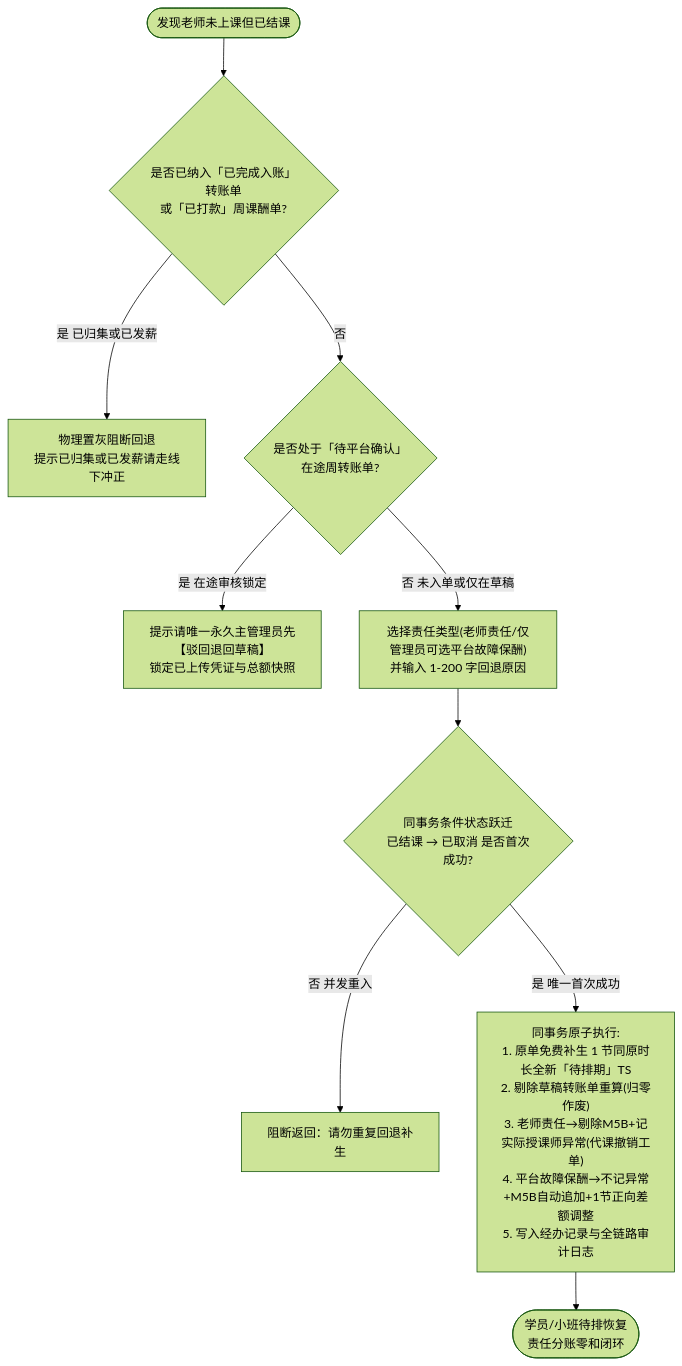
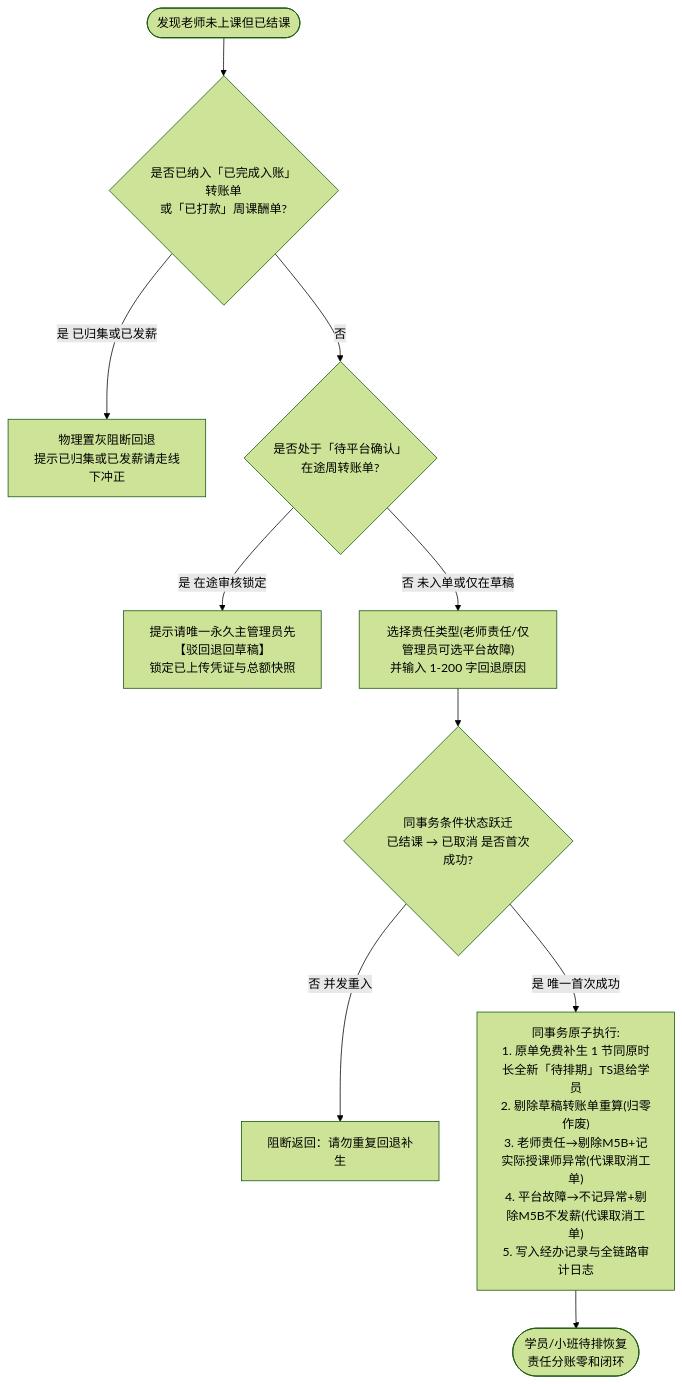
One commit to Onezao/dream changed the third of 5 diagrams in docs/prd/m5a_transfer_collection.md. Above: the diagram before and after it, drawn with Mermaid (forest theme). The commit also changed other lines of this file and 23 other files, not shown here.

````diff
--- a/docs/prd/m5a_transfer_collection.md
+++ b/docs/prd/m5a_transfer_collection.md
@@ -463,12 +462,12 @@
 ```mermaid
 flowchart TD
     ExStart([发现老师未上课但已结课]) --> CheckSettled{"是否已纳入「已完成入账」转账单\n或「已打款」周课酬单?"}
     CheckSettled -- 是 已归集或已发薪 --> DenyRollback["物理置灰阻断回退\n提示已归集或已发薪请走线下冲正"]
     CheckSettled -- 否 --> CheckPending{"是否处于「待平台确认」\n在途周转账单?"}
     CheckPending -- 是 在途审核锁定 --> PromptReject["提示请唯一永久主管理员先【驳回退回草稿】\n锁定已上传凭证与总额快照"]
-    CheckPending -- 否 未入单或仅在草稿 --> InputReason["选择责任类型(老师责任/仅管理员可选平台故障保酬)\n并输入 1-200 字回退原因"]
+    CheckPending -- 否 未入单或仅在草稿 --> InputReason["选择责任类型(老师责任/仅管理员可选平台故障)\n并输入 1-200 字回退原因"]
     InputReason --> AtomicGate{"同事务条件状态跃迁\n已结课 → 已取消 是否首次成功?"}
     AtomicGate -- 否 并发重入 --> RejectDup["阻断返回：请勿重复回退补生"]
-    AtomicGate -- 是 唯一首次成功 --> AtomicRollback["同事务原子执行:\n1. 原单免费补生 1 节同原时长全新「待排期」TS\n2. 剔除草稿转账单重算(归零作废)\n3. 老师责任→剔除M5B+记实际授课师异常(代课撤销工单)\n4. 平台故障保酬→不记异常+M5B自动追加+1节正向差额调整\n5. 写入经办记录与全链路审计日志"]
+    AtomicGate -- 是 唯一首次成功 --> AtomicRollback["同事务原子执行:\n1. 原单免费补生 1 节同原时长全新「待排期」TS退给学员\n2. 剔除草稿转账单重算(归零作废)\n3. 老师责任→剔除M5B+记实际授课师异常(代课取消工单)\n4. 平台故障→不记异常+剔除M5B不发薪(代课取消工单)\n5. 写入经办记录与全链路审计日志"]
     AtomicRollback --> RollbackEnd([学员/小班待排恢复\n责任分账零和闭环])
 ```
````
